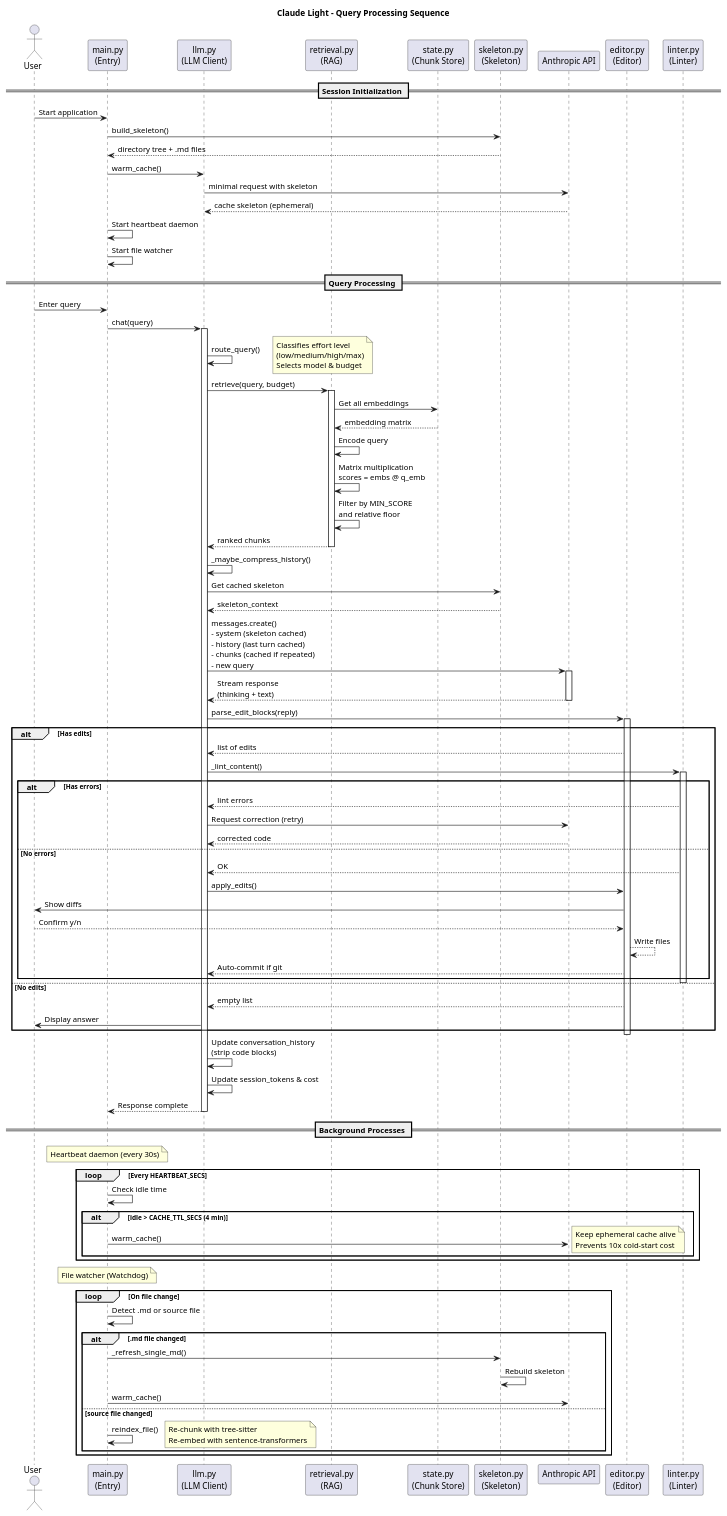
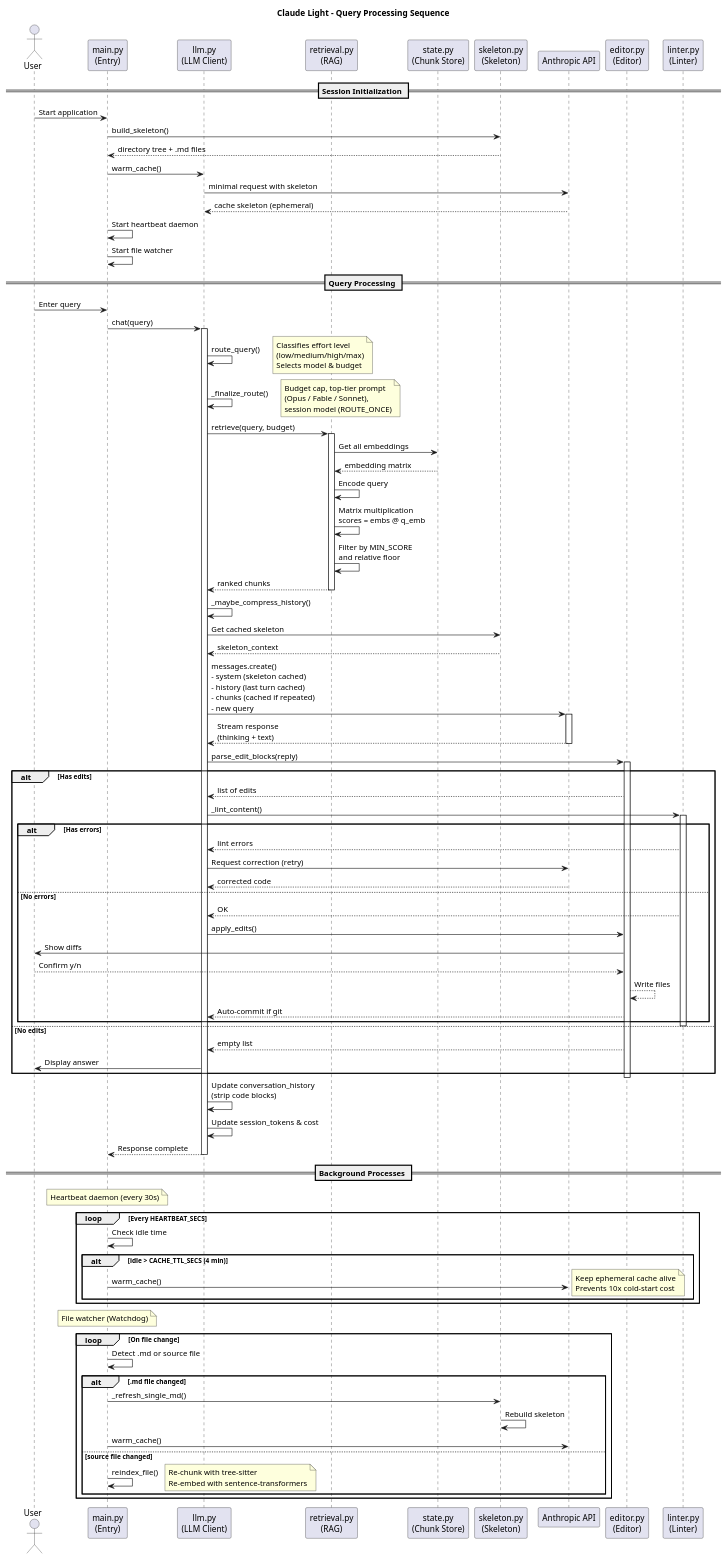
The diagram in docs/plantuml/sequence_diagram.puml (PIsberg/claude_light), drawn with PlantUML before and after one commit. The commit also changed 17 other files, not shown here.

```diff
--- a/docs/plantuml/sequence_diagram.puml
+++ b/docs/plantuml/sequence_diagram.puml
@@ -1,104 +1,106 @@
 @startuml Claude_Light_Sequence_Diagram
 title Claude Light - Query Processing Sequence
 
 actor User
 participant "main.py\n(Entry)" as Main
 participant "llm.py\n(LLM Client)" as LLM
 participant "retrieval.py\n(RAG)" as Retrieval
 participant "state.py\n(Chunk Store)" as ChunkStore
 participant "skeleton.py\n(Skeleton)" as Skeleton
 participant "Anthropic API" as API
 participant "editor.py\n(Editor)" as Editor
 participant "linter.py\n(Linter)" as Linter
 
 == Session Initialization ==
 User -> Main : Start application
 Main -> Skeleton : build_skeleton()
 Skeleton --> Main : directory tree + .md files
 Main -> LLM : warm_cache()
 LLM -> API : minimal request with skeleton
 API --> LLM : cache skeleton (ephemeral)
 Main -> Main : Start heartbeat daemon
 Main -> Main : Start file watcher
 
 == Query Processing ==
 User -> Main : Enter query
 Main -> LLM : chat(query)
 
 activate LLM
 LLM -> LLM : route_query()
 note right : Classifies effort level\n(low/medium/high/max)\nSelects model & budget
+LLM -> LLM : _finalize_route()
+note right : Budget cap, top-tier prompt\n(Opus / Fable / Sonnet),\nsession model (ROUTE_ONCE)
 
 LLM -> Retrieval : retrieve(query, budget)
 activate Retrieval
 Retrieval -> ChunkStore : Get all embeddings
 ChunkStore --> Retrieval : embedding matrix
 Retrieval -> Retrieval : Encode query
 Retrieval -> Retrieval : Matrix multiplication\nscores = embs @ q_emb
 Retrieval -> Retrieval : Filter by MIN_SCORE\nand relative floor
 Retrieval --> LLM : ranked chunks
 deactivate Retrieval
 
 LLM -> LLM : _maybe_compress_history()
 LLM -> Skeleton : Get cached skeleton
 Skeleton --> LLM : skeleton_context
 
 LLM -> API : messages.create()\n- system (skeleton cached)\n- history (last turn cached)\n- chunks (cached if repeated)\n- new query
 activate API
 API --> LLM : Stream response\n(thinking + text)
 deactivate API
 
 LLM -> Editor : parse_edit_blocks(reply)
 activate Editor
 alt Has edits
   Editor --> LLM : list of edits
   LLM -> Linter : _lint_content()
   activate Linter
   alt Has errors
     Linter --> LLM : lint errors
     LLM -> API : Request correction (retry)
     API --> LLM : corrected code
   else No errors
     Linter --> LLM : OK
     LLM -> Editor : apply_edits()
     Editor -> User : Show diffs
     User --> Editor : Confirm y/n
     Editor --> Editor : Write files
     Editor --> LLM : Auto-commit if git
   end
   deactivate Linter
 else No edits
   Editor --> LLM : empty list
   LLM -> User : Display answer
 end
 deactivate Editor
 
 LLM -> LLM : Update conversation_history\n(strip code blocks)
 LLM -> LLM : Update session_tokens & cost
 LLM --> Main : Response complete
 deactivate LLM
 
 == Background Processes ==
 note over Main : Heartbeat daemon (every 30s)
 loop Every HEARTBEAT_SECS
   Main -> Main : Check idle time
   alt idle > CACHE_TTL_SECS (4 min)
     Main -> API : warm_cache()
     note right : Keep ephemeral cache alive\nPrevents 10x cold-start cost
   end
 end
 
 note over Main : File watcher (Watchdog)
 loop On file change
   Main -> Main : Detect .md or source file
   alt .md file changed
     Main -> Skeleton : _refresh_single_md()
     Skeleton -> Skeleton : Rebuild skeleton
     Main -> API : warm_cache()
   else source file changed
     Main -> Main : reindex_file()
     note right : Re-chunk with tree-sitter\nRe-embed with sentence-transformers
   end
 end
 
 @enduml
```
